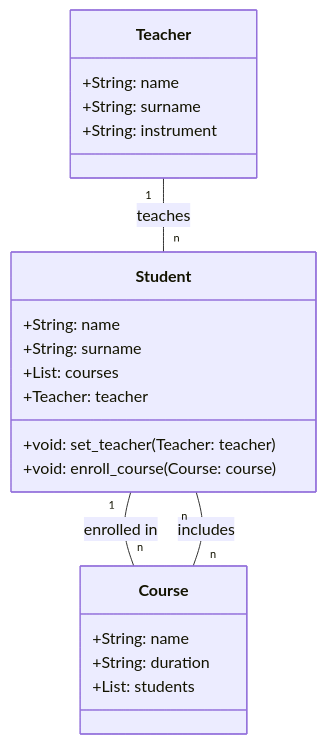
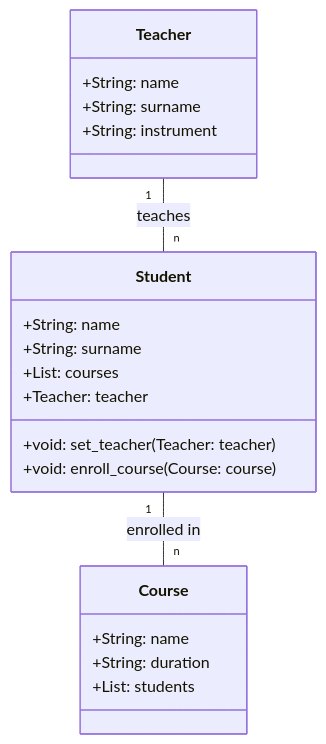
Before and after one commit to LucaPontellini/Homepage: the diagram in Informatica/Esercizi_di_Pyton_nuovi/Esercizi_con_MarmaidJS/Pontellini_017.md, drawn with Mermaid.

````diff
--- a/Informatica/Esercizi_di_Pyton_nuovi/Esercizi_con_MarmaidJS/Pontellini_017.md
+++ b/Informatica/Esercizi_di_Pyton_nuovi/Esercizi_con_MarmaidJS/Pontellini_017.md
@@ -1,29 +1,28 @@
 ```mermaid
 
 classDiagram
 
     class Teacher {
         +String: name
         +String: surname
         +String: instrument
     }
 
     class Student {
         +String: name
         +String: surname
         +List<Course>: courses
         +Teacher: teacher
         +void: set_teacher(Teacher: teacher)
         +void: enroll_course(Course: course)
     }
 
     class Course {
         +String: name
         +String: duration
         +List<Student>: students
     }
     
     Teacher "1" -- "n" Student : teaches
     Student "1" -- "n" Course : enrolled in
-    Course "n" -- "n" Student : includes
 ```
````
